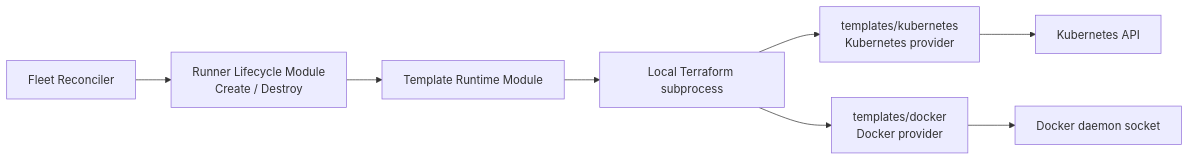
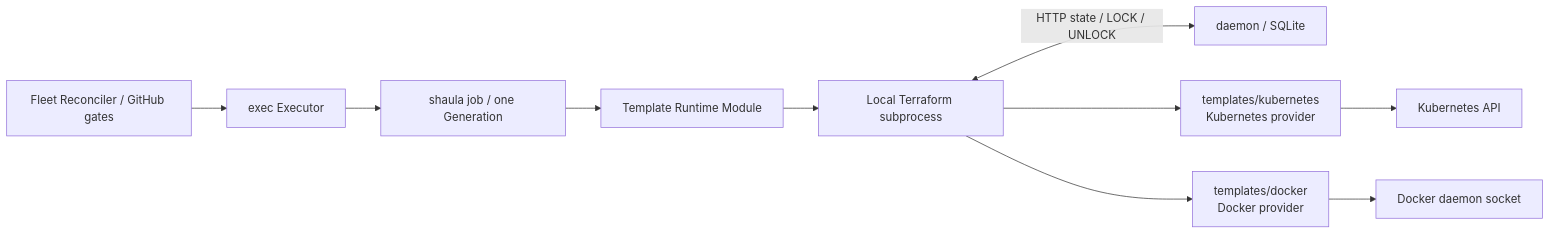
The diagram in docs/specs/0004-template-profile-runtime.md (5aaee9/shaula), drawn with Mermaid before and after one commit. The commit also changed other lines of this file and 63 other files, not shown here.

First line of the commit message:
feat(state): add SQLite-backed Terraform HTTP backend

````diff
--- a/docs/specs/0004-template-profile-runtime.md
+++ b/docs/specs/0004-template-profile-runtime.md
@@ -26,10 +19,12 @@
 ```mermaid
 flowchart LR
-    Fleet["Fleet Reconciler"] --> Lifecycle["Runner Lifecycle Module<br/>Create / Destroy"]
-    Lifecycle --> Runtime["Template Runtime Module"]
+    Fleet["Fleet Reconciler / GitHub gates"] --> Executor["exec Executor"]
+    Executor --> Worker["shaula job / one Generation"]
+    Worker --> Runtime["Template Runtime Module"]
     Runtime --> IaC["Local Terraform subprocess"]
+    IaC <-->|"HTTP state / LOCK / UNLOCK"| Backend["daemon / SQLite"]
     IaC --> K8sProfile["templates/kubernetes<br/>Kubernetes provider"]
     IaC --> DockerProfile["templates/docker<br/>Docker provider"]
     K8sProfile --> K8s["Kubernetes API"]
     DockerProfile --> Socket["Docker daemon socket"]
 ```
````
